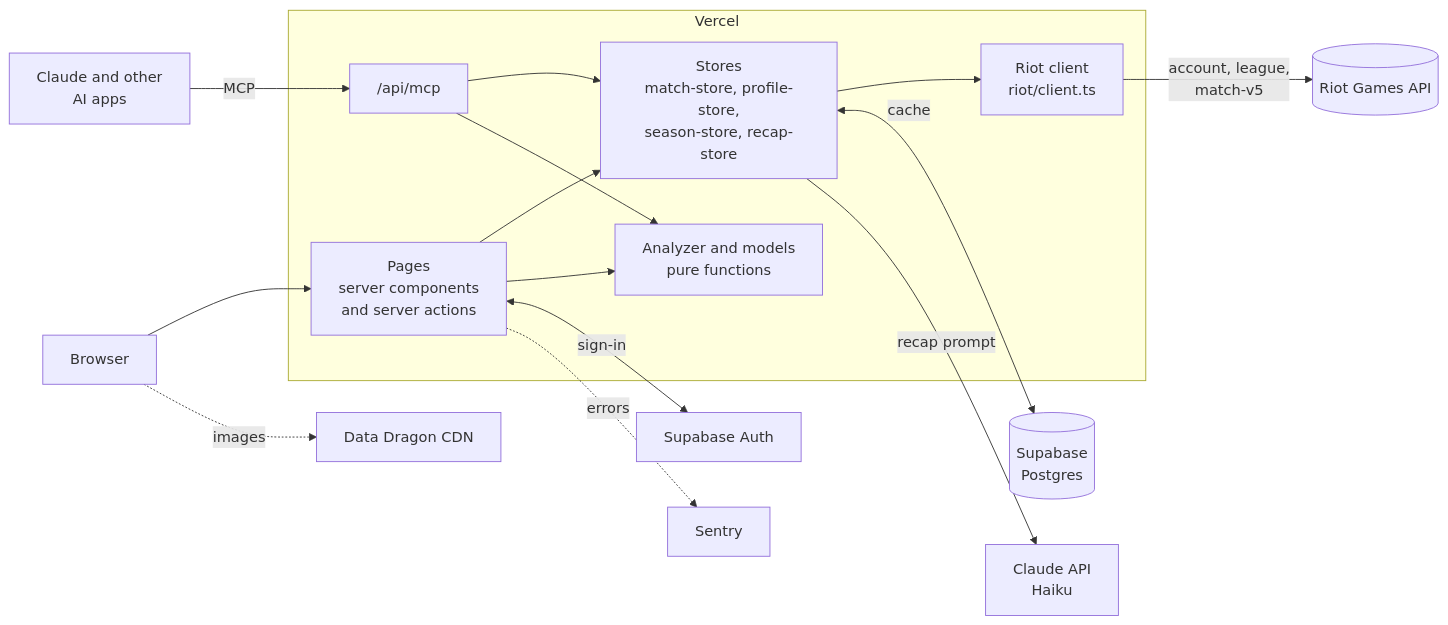
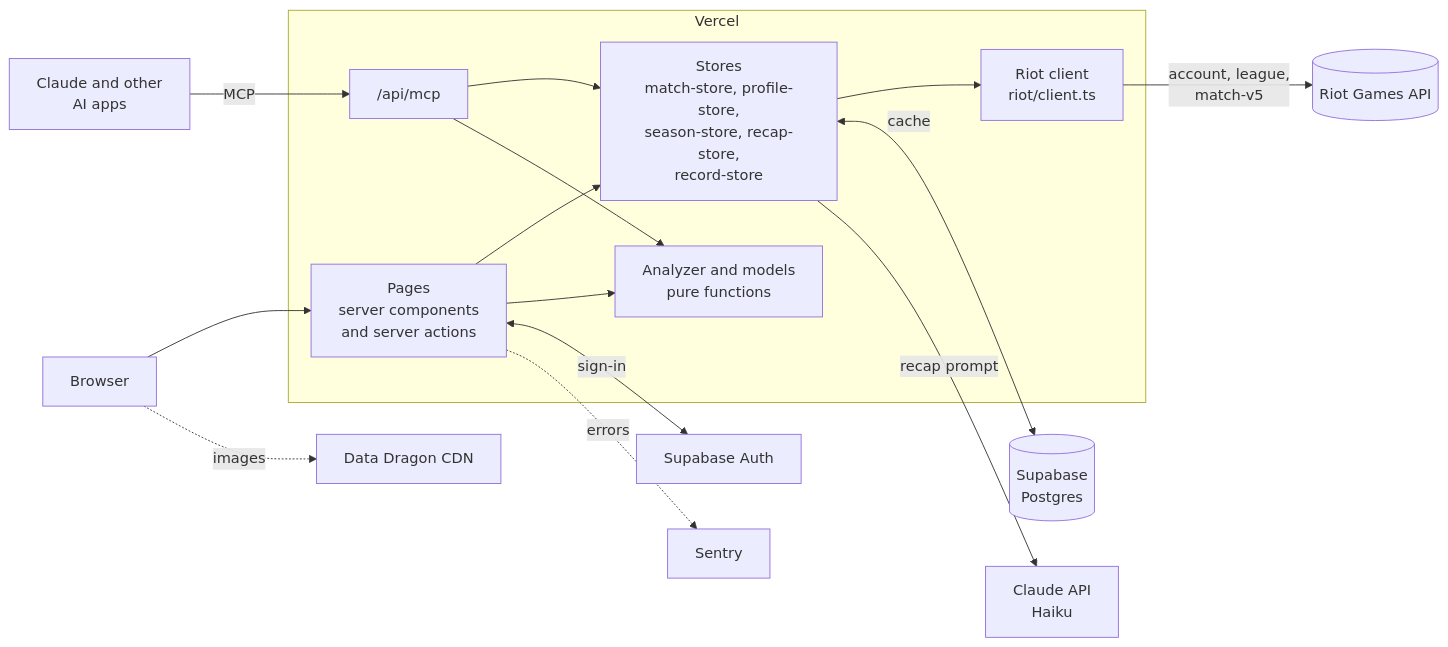
One commit to Jaspyplayz/League-Web-App changed the first of 2 diagrams in ARCHITECTURE.md. Above: the diagram before and after it, drawn with Mermaid. The commit also changed 17 other files, not shown here.

````diff
--- a/ARCHITECTURE.md
+++ b/ARCHITECTURE.md
@@ -9,25 +9,25 @@
 ```mermaid
 flowchart LR
     B[Browser] --> P
     AI[Claude and other<br/>AI apps] -->|MCP| MCP
 
     subgraph V[Vercel]
         P[Pages<br/>server components<br/>and server actions]
         MCP["/api/mcp"]
-        S[Stores<br/>match-store, profile-store,<br/>season-store, recap-store]
+        S[Stores<br/>match-store, profile-store,<br/>season-store, recap-store,<br/>record-store]
         A[Analyzer and models<br/>pure functions]
         C[Riot client<br/>riot/client.ts]
         P --> S
         MCP --> S
         P --> A
         MCP --> A
         S --> C
     end
 
     C -->|account, league,<br/>match-v5| R[(Riot Games API)]
     S <-->|cache| DB[(Supabase<br/>Postgres)]
     P <-->|sign-in| AU[Supabase Auth]
     S -->|recap prompt| CL[Claude API<br/>Haiku]
     P -.->|errors| SE[Sentry]
     B -.->|images| DD[Data Dragon CDN]
 ```
````
